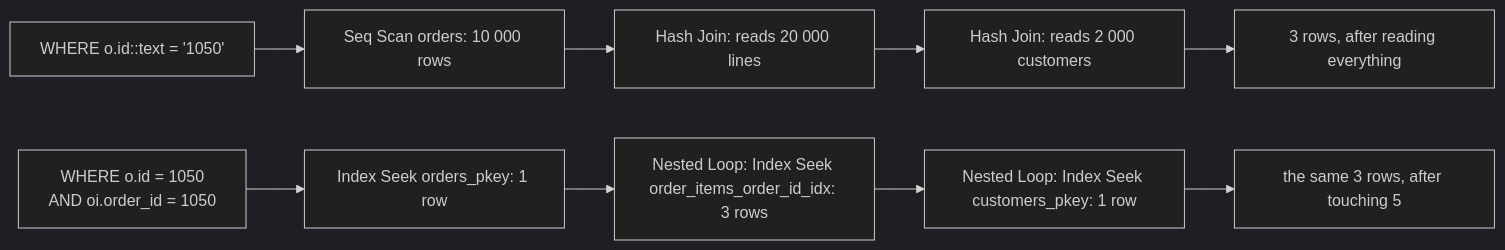
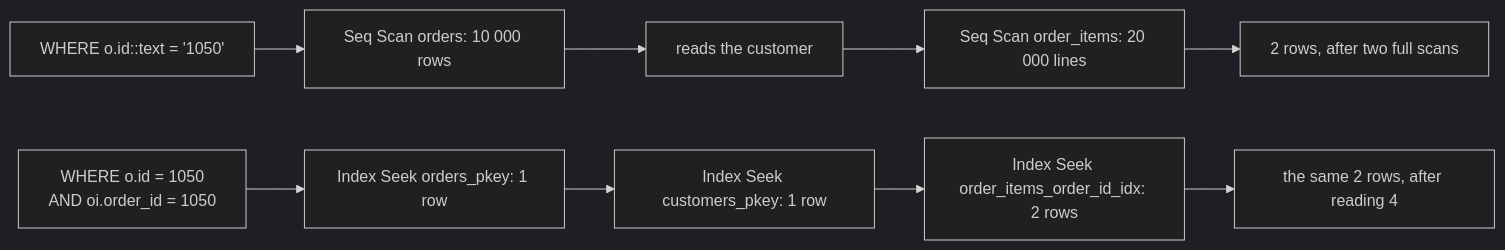
One commit to theakhandpatel/querycraft changed the diagram in web/src/data/content/p8.md. Above: the diagram before and after it, drawn with Mermaid (dark theme). The commit also changed other lines of this file and 61 other files, not shown here.

````diff
--- a/web/src/data/content/p8.md
+++ b/web/src/data/content/p8.md
@@ -81,11 +107,11 @@
 ```mermaid
 flowchart LR
     S0["WHERE o.id::text = '1050'"] --> S1["Seq Scan orders: 10 000 rows"]
-    S1 --> S2["Hash Join: reads 20 000 lines"]
-    S2 --> S3["Hash Join: reads 2 000 customers"]
-    S3 --> SR["3 rows, after reading everything"]
+    S1 --> S2["reads the customer"]
+    S2 --> S3["Seq Scan order_items: 20 000 lines"]
+    S3 --> SR["2 rows, after two full scans"]
     F0["WHERE o.id = 1050<br/>AND oi.order_id = 1050"] --> F1["Index Seek orders_pkey: 1 row"]
-    F1 --> F2["Nested Loop: Index Seek order_items_order_id_idx: 3 rows"]
-    F2 --> F3["Nested Loop: Index Seek customers_pkey: 1 row"]
-    F3 --> FR["the same 3 rows, after touching 5"]
+    F1 --> F2["Index Seek customers_pkey: 1 row"]
+    F2 --> F3["Index Seek order_items_order_id_idx: 2 rows"]
+    F3 --> FR["the same 2 rows, after reading 4"]
 ```
````
